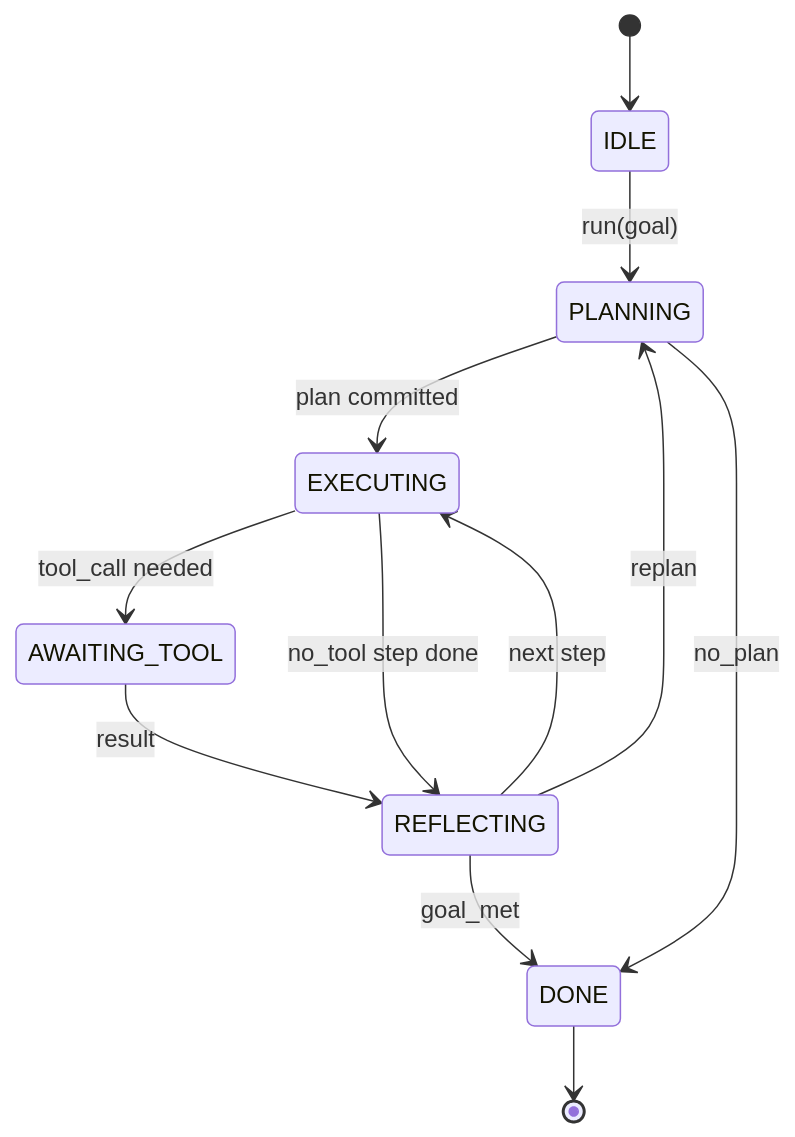
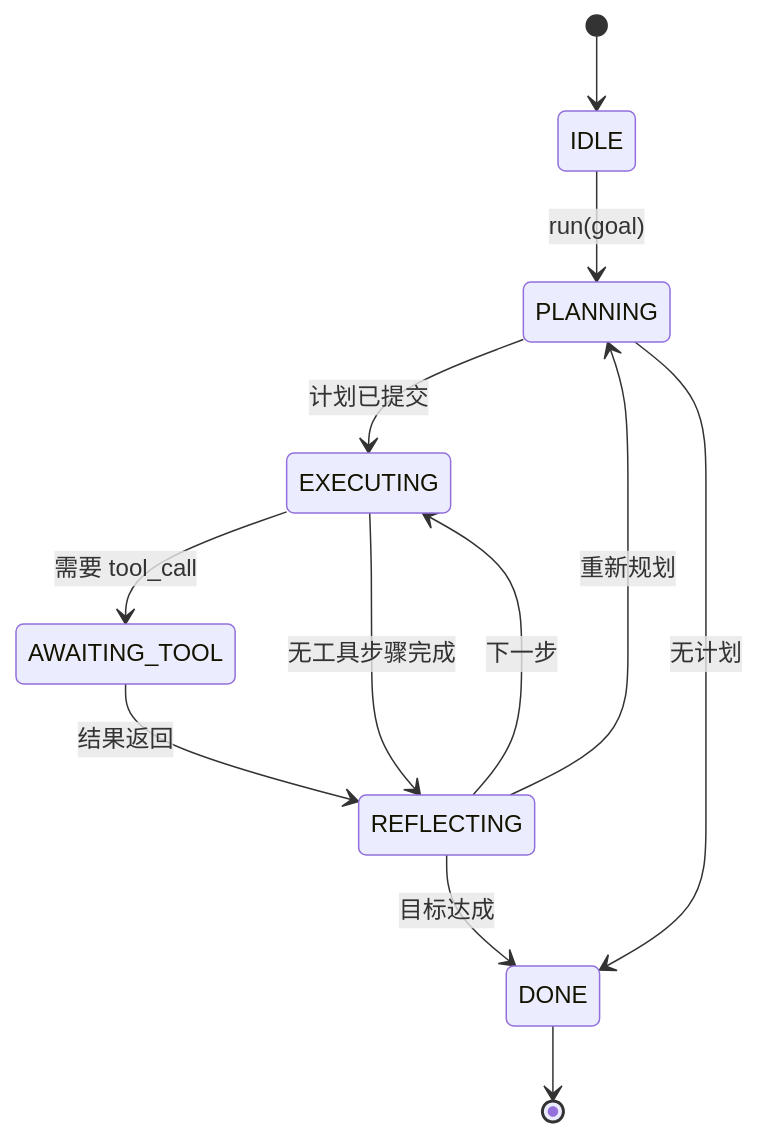
The diagram in phases/19-capstone-projects/20-agent-harness-loop-contract.md (cq0206/ai-engineering-from-scratch), drawn with Mermaid before and after one commit. The commit also changed other lines of this file and 150 other files, not shown here.

````diff
--- a/phases/19-capstone-projects/20-agent-harness-loop-contract.md
+++ b/phases/19-capstone-projects/20-agent-harness-loop-contract.md
@@ -27,14 +27,14 @@
 ```mermaid
 stateDiagram-v2
     [*] --> IDLE
     IDLE --> PLANNING: run(goal)
-    PLANNING --> EXECUTING: plan committed
-    EXECUTING --> AWAITING_TOOL: tool_call needed
-    AWAITING_TOOL --> REFLECTING: result
-    EXECUTING --> REFLECTING: no_tool step done
-    REFLECTING --> EXECUTING: next step
-    REFLECTING --> PLANNING: replan
-    REFLECTING --> DONE: goal_met
-    PLANNING --> DONE: no_plan
+    PLANNING --> EXECUTING: 计划已提交
+    EXECUTING --> AWAITING_TOOL: 需要 tool_call
+    AWAITING_TOOL --> REFLECTING: 结果返回
+    EXECUTING --> REFLECTING: 无工具步骤完成
+    REFLECTING --> EXECUTING: 下一步
+    REFLECTING --> PLANNING: 重新规划
+    REFLECTING --> DONE: 目标达成
+    PLANNING --> DONE: 无计划
     DONE --> [*]
 ```
````
